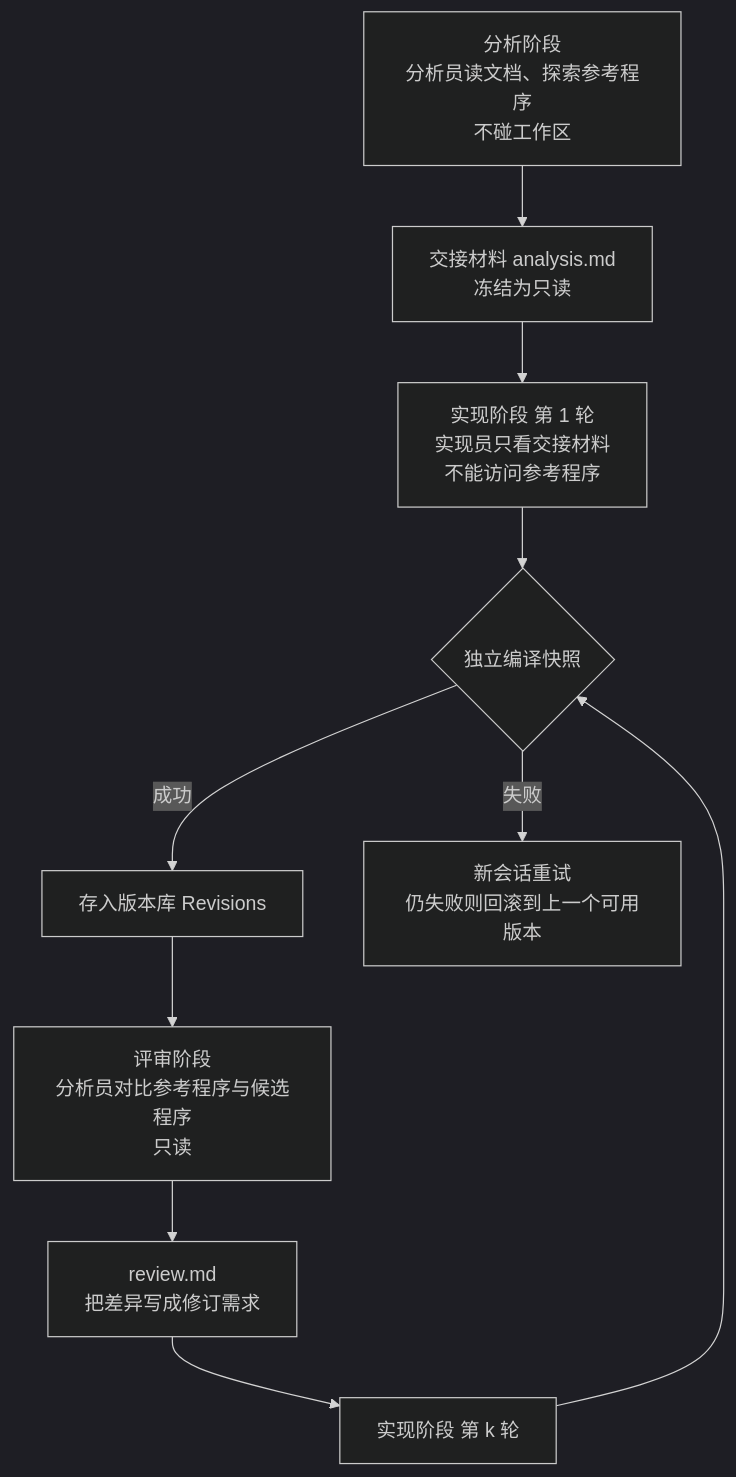
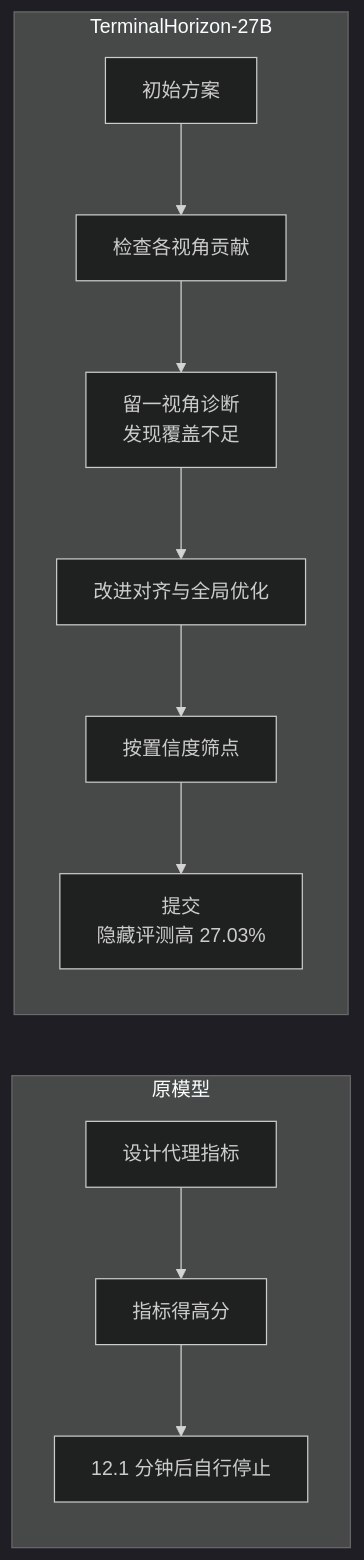
The third of 3 diagrams in docs/index.md (yingwang/paper-reads), drawn with Mermaid (dark theme) before and after one commit. The commit also changed other lines of this file and 2 other files, not shown here.

First line of the commit message:
Add 2026-10-13-terminalhorizon-long-horizon-terminal-agents

````diff
--- a/docs/index.md
+++ b/docs/index.md
@@ -168,12 +205,10 @@
 ```mermaid
-graph TD
-    A[分析阶段<br/>分析员读文档、探索参考程序<br/>不碰工作区] --> H[交接材料 analysis.md<br/>冻结为只读]
-    H --> I1[实现阶段 第 1 轮<br/>实现员只看交接材料<br/>不能访问参考程序]
-    I1 --> C1{独立编译快照}
-    C1 -->|成功| V1[存入版本库 Revisions]
-    C1 -->|失败| RT[新会话重试<br/>仍失败则回滚到上一个可用版本]
-    V1 --> RV1[评审阶段<br/>分析员对比参考程序与候选程序<br/>只读]
-    RV1 --> RR[review.md<br/>把差异写成修订需求]
-    RR --> I2[实现阶段 第 k 轮]
-    I2 --> C1
+graph LR
+    subgraph 原模型
+    A1[设计代理指标] --> A2[指标得高分] --> A3[12.1 分钟后自行停止]
+    end
+    subgraph TerminalHorizon-27B
+    B1[初始方案] --> B2[检查各视角贡献] --> B3[留一视角诊断<br/>发现覆盖不足]
+    B3 --> B4[改进对齐与全局优化] --> B5[按置信度筛点] --> B6[提交<br/>隐藏评测高 27.03%]
+    end
 ```
````
